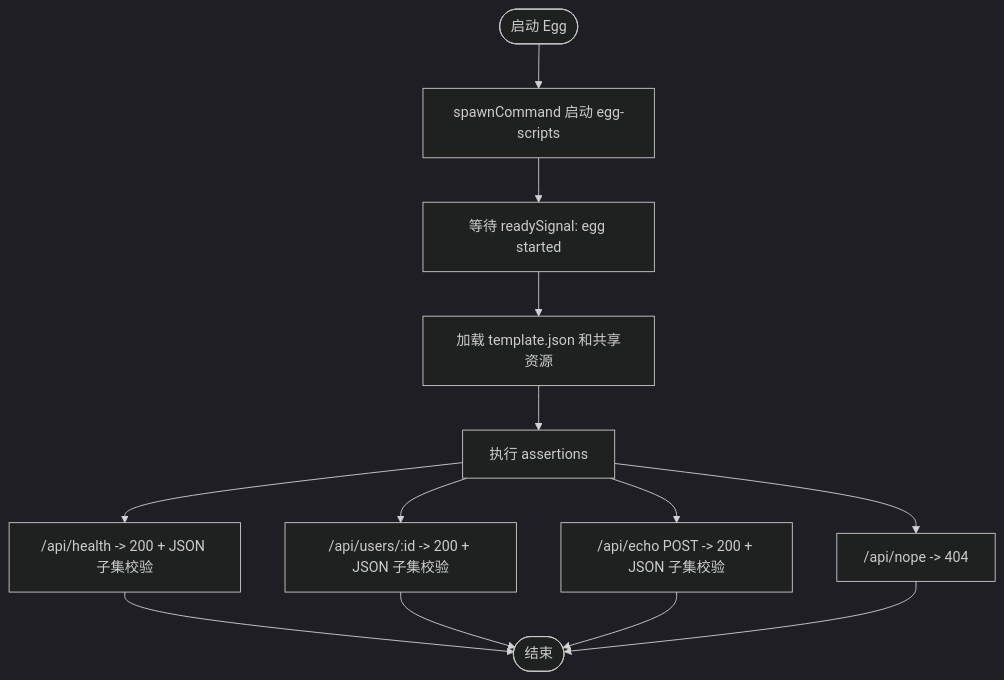
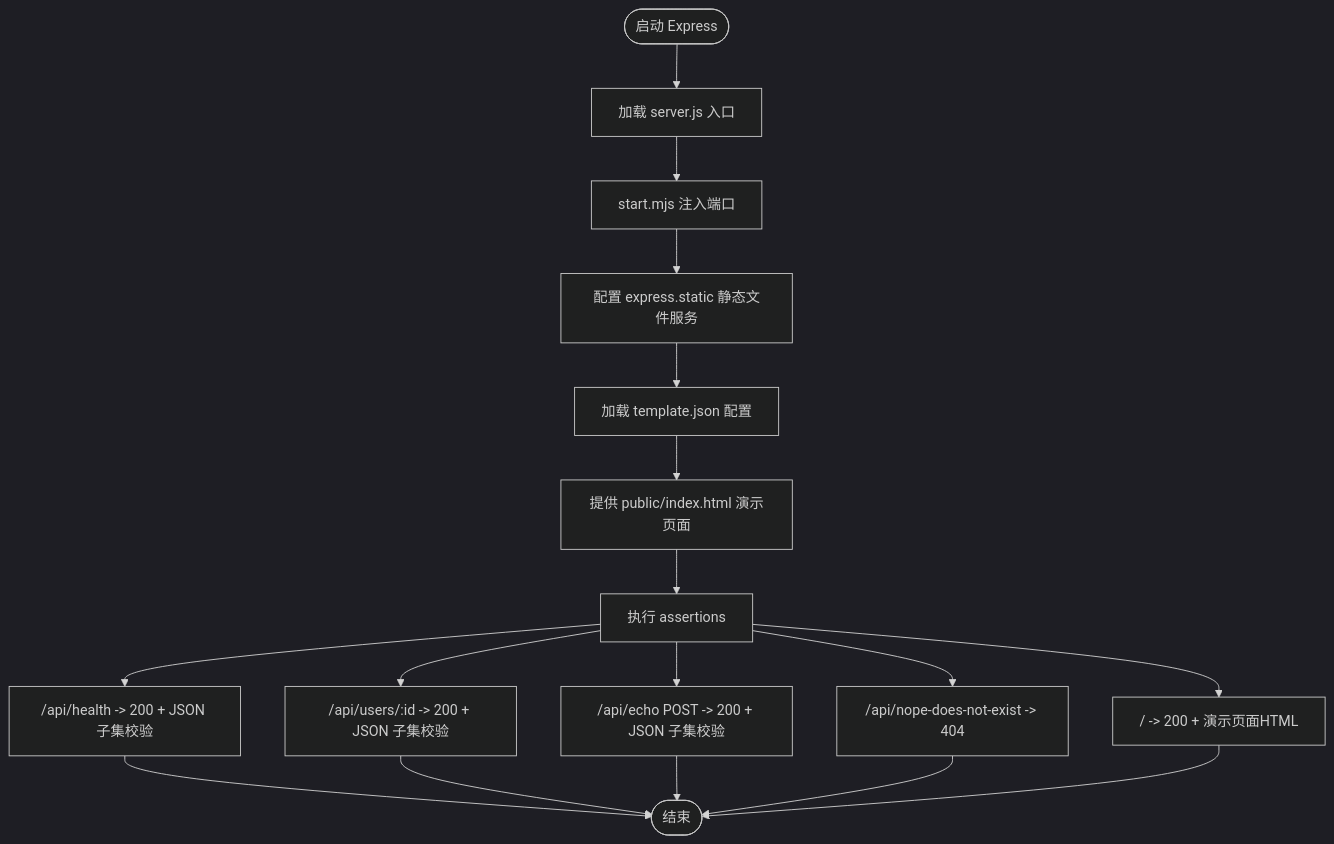
One commit to esa-sp/test-for-aone-ci changed the third of 6 diagrams in .qoder/repowiki/zh/content/后端框架测试/后端框架测试套件.md. Above: the diagram before and after it, drawn with Mermaid (dark theme). The commit also changed other lines of this file and 31 other files, not shown here.

````diff
--- a/.qoder/repowiki/zh/content/后端框架测试/后端框架测试套件.md
+++ b/.qoder/repowiki/zh/content/后端框架测试/后端框架测试套件.md
@@ -211,15 +251,19 @@
 ```mermaid
 flowchart TD
-Start(["启动 Egg"]) --> Spawn["spawnCommand 启动 egg-scripts"]
-Spawn --> WaitReady["等待 readySignal: egg started"]
-WaitReady --> LoadTemplate["加载 template.json 和共享资源"]
-LoadTemplate --> Assert["执行 assertions"]
+Start(["启动 Express"]) --> LoadEntry["加载 server.js 入口"]
+LoadEntry --> StartMJS["start.mjs 注入端口"]
+StartMJS --> SetupStatic["配置 express.static 静态文件服务"]
+SetupStatic --> LoadTemplate["加载 template.json 配置"]
+LoadTemplate --> ServePage["提供 public/index.html 演示页面"]
+ServePage --> Assert["执行 assertions"]
 Assert --> Health["/api/health -> 200 + JSON 子集校验"]
 Assert --> Users["/api/users/:id -> 200 + JSON 子集校验"]
 Assert --> Echo["/api/echo POST -> 200 + JSON 子集校验"]
-Assert --> NotFound["/api/nope -> 404"]
+Assert --> NotFound["/api/nope-does-not-exist -> 404"]
+Assert --> DemoPage["/ -> 200 + 演示页面HTML"]
 Health --> End(["结束"])
 Users --> End
 Echo --> End
 NotFound --> End
+DemoPage --> End
 ```
````
